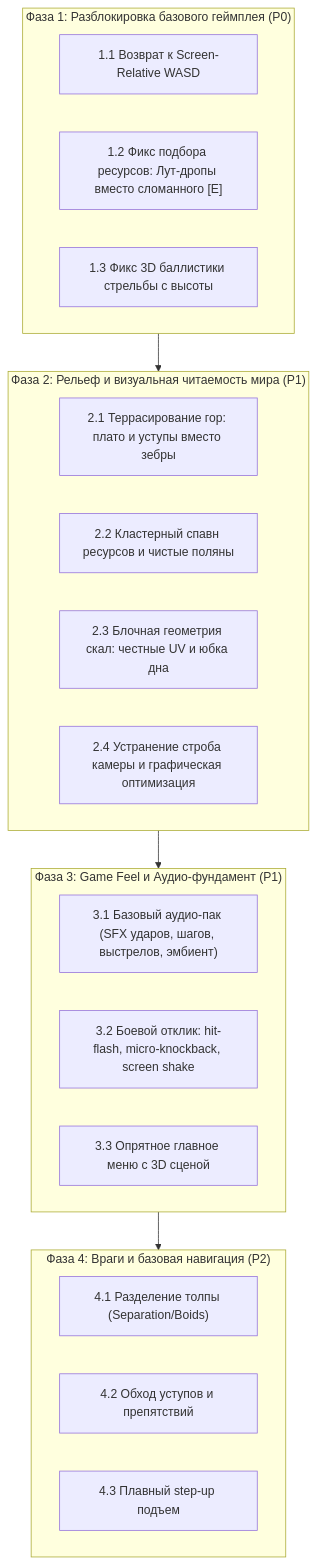
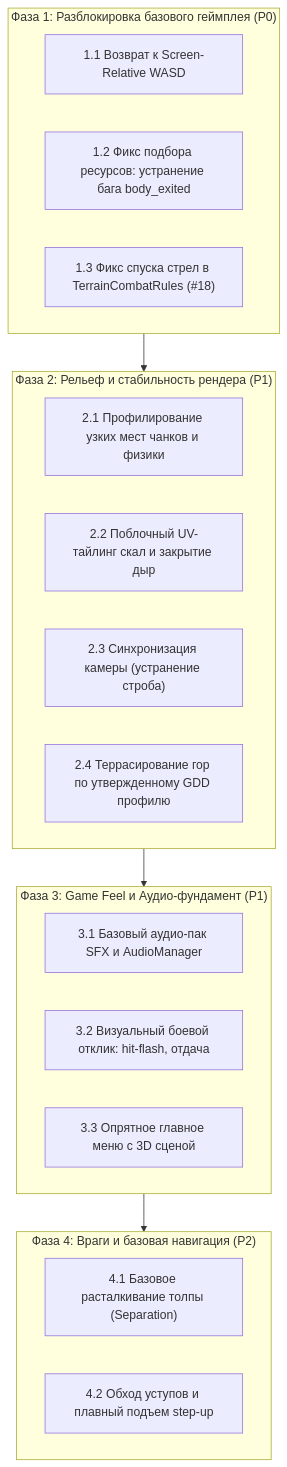
The diagram in docs/AUDIT_VERTICAL_SLICE_STABILIZATION.md (alex123321-maker/Cube-Siege), drawn with Mermaid before and after one commit. The commit also changed other lines of this file and 2 other files, not shown here.

````diff
--- a/docs/AUDIT_VERTICAL_SLICE_STABILIZATION.md
+++ b/docs/AUDIT_VERTICAL_SLICE_STABILIZATION.md
@@ -276,31 +250,30 @@
 ```mermaid
 graph TD
     subgraph Phase1["Фаза 1: Разблокировка базового геймплея (P0)"]
         F1_1["1.1 Возврат к Screen-Relative WASD"]
-        F1_2["1.2 Фикс подбора ресурсов: Лут-дропы вместо сломанного [E]"]
-        F1_3["1.3 Фикс 3D баллистики стрельбы с высоты"]
+        F1_2["1.2 Фикс подбора ресурсов: устранение бага body_exited"]
+        F1_3["1.3 Фикс спуска стрел в TerrainCombatRules (#18)"]
     end
 
-    subgraph Phase2["Фаза 2: Рельеф и визуальная читаемость мира (P1)"]
-        F2_1["2.1 Террасирование гор: плато и уступы вместо зебры"]
-        F2_2["2.2 Кластерный спавн ресурсов и чистые поляны"]
-        F2_3["2.3 Блочная геометрия скал: честные UV и юбка дна"]
-        F2_4["2.4 Устранение строба камеры и графическая оптимизация"]
+    subgraph Phase2["Фаза 2: Рельеф и стабильность рендера (P1)"]
+        F2_1["2.1 Профилирование узких мест чанков и физики"]
+        F2_2["2.2 Поблочный UV-тайлинг скал и закрытие дыр"]
+        F2_3["2.3 Синхронизация камеры (устранение строба)"]
+        F2_4["2.4 Террасирование гор по утвержденному GDD профилю"]
     end
 
     subgraph Phase3["Фаза 3: Game Feel и Аудио-фундамент (P1)"]
-        F3_1["3.1 Базовый аудио-пак (SFX ударов, шагов, выстрелов, эмбиент)"]
-        F3_2["3.2 Боевой отклик: hit-flash, micro-knockback, screen shake"]
+        F3_1["3.1 Базовый аудио-пак SFX и AudioManager"]
+        F3_2["3.2 Визуальный боевой отклик: hit-flash, отдача"]
         F3_3["3.3 Опрятное главное меню с 3D сценой"]
     end
 
     subgraph Phase4["Фаза 4: Враги и базовая навигация (P2)"]
-        F4_1["4.1 Разделение толпы (Separation/Boids)"]
-        F4_2["4.2 Обход уступов и препятствий"]
-        F4_3["4.3 Плавный step-up подъем"]
+        F4_1["4.1 Базовое расталкивание толпы (Separation)"]
+        F4_2["4.2 Обход уступов и плавный подъем step-up"]
     end
 
     Phase1 --> Phase2
     Phase2 --> Phase3
     Phase3 --> Phase4
 ```
````
